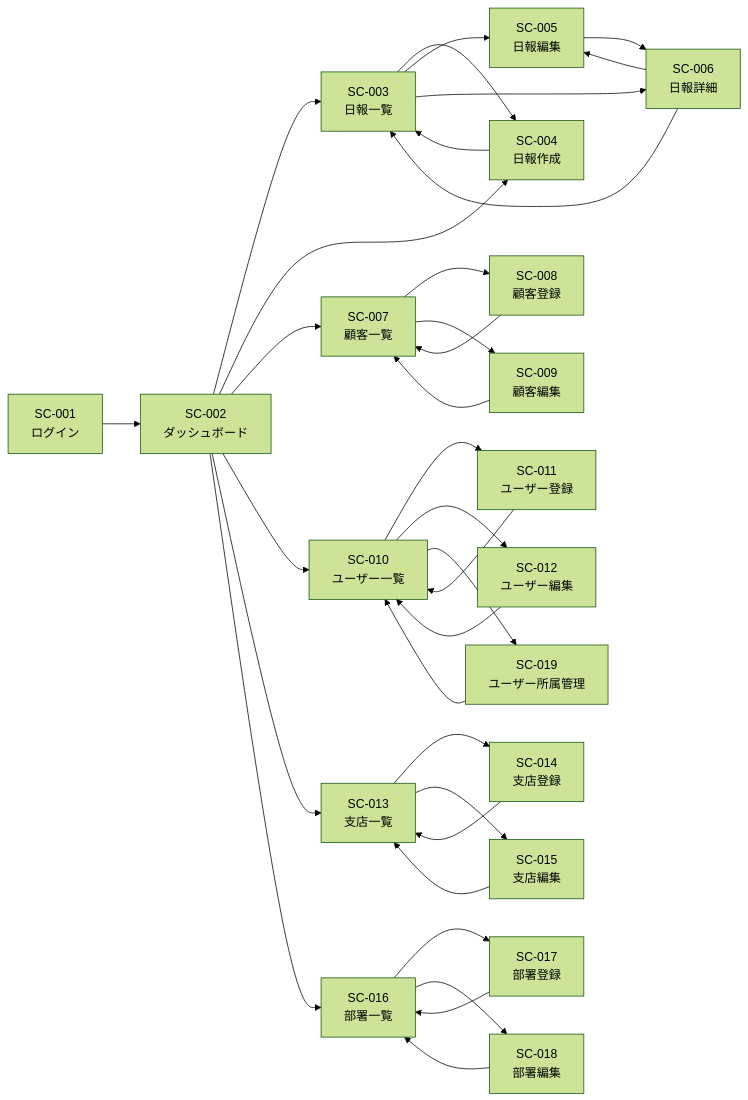
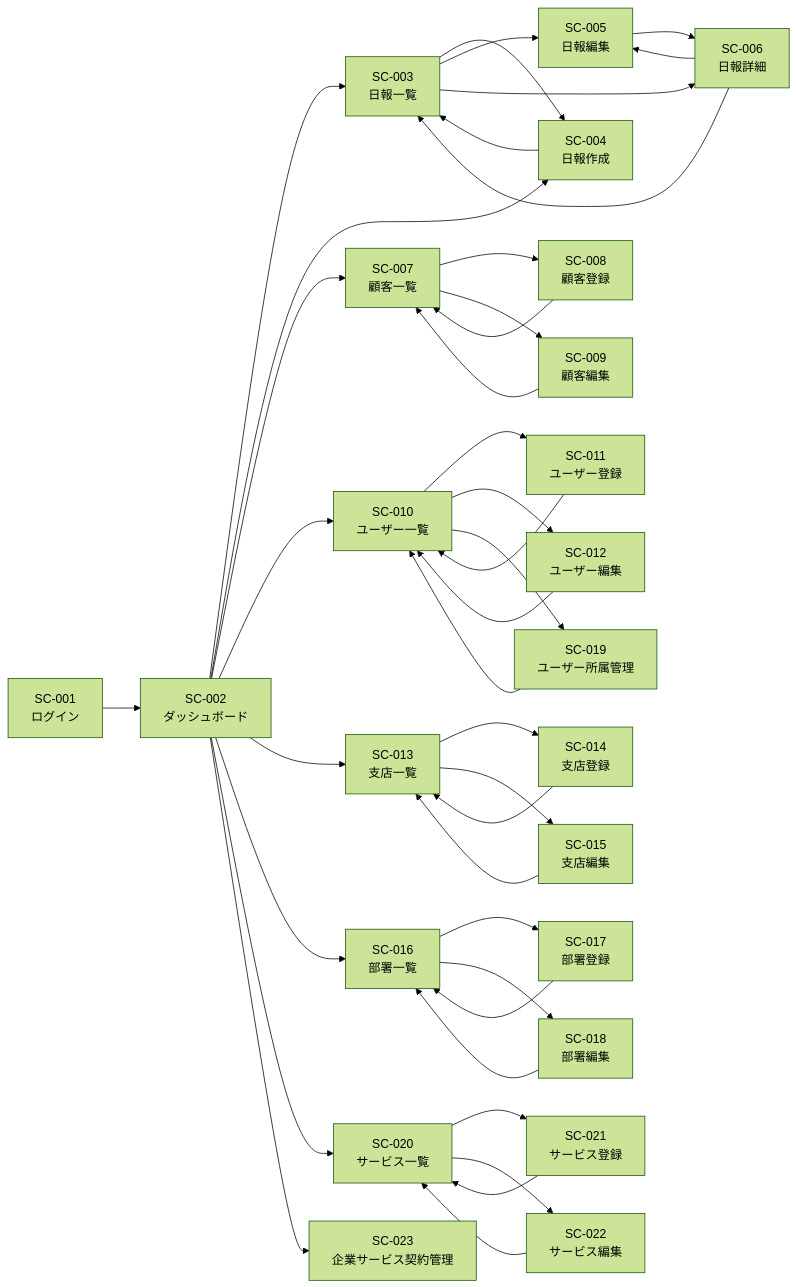
One commit to sutok/corporate_management changed the diagram in claudedocs/画面定義書.md. Above: the diagram before and after it, drawn with Mermaid (forest theme). The commit also changed other lines of this file and 3 other files, not shown here.

````diff
--- a/claudedocs/画面定義書.md
+++ b/claudedocs/画面定義書.md
@@ -1115,42 +1345,50 @@
 ```mermaid
 graph LR
     SC001[SC-001<br/>ログイン] --> SC002[SC-002<br/>ダッシュボード]
 
     SC002 --> SC003[SC-003<br/>日報一覧]
     SC002 --> SC004[SC-004<br/>日報作成]
     SC002 --> SC007[SC-007<br/>顧客一覧]
 
     SC003 --> SC004
     SC003 --> SC005[SC-005<br/>日報編集]
     SC003 --> SC006[SC-006<br/>日報詳細]
 
     SC004 --> SC003
     SC005 --> SC006
     SC006 --> SC005
     SC006 --> SC003
 
     SC007 --> SC008[SC-008<br/>顧客登録]
     SC007 --> SC009[SC-009<br/>顧客編集]
     SC008 --> SC007
     SC009 --> SC007
 
     SC002 --> SC010[SC-010<br/>ユーザー一覧]
     SC010 --> SC011[SC-011<br/>ユーザー登録]
     SC010 --> SC012[SC-012<br/>ユーザー編集]
     SC010 --> SC019[SC-019<br/>ユーザー所属管理]
     SC011 --> SC010
     SC012 --> SC010
     SC019 --> SC010
 
     SC002 --> SC013[SC-013<br/>支店一覧]
     SC013 --> SC014[SC-014<br/>支店登録]
     SC013 --> SC015[SC-015<br/>支店編集]
     SC014 --> SC013
     SC015 --> SC013
 
     SC002 --> SC016[SC-016<br/>部署一覧]
     SC016 --> SC017[SC-017<br/>部署登録]
     SC016 --> SC018[SC-018<br/>部署編集]
     SC017 --> SC016
     SC018 --> SC016
+
+    SC002 --> SC020[SC-020<br/>サービス一覧]
+    SC020 --> SC021[SC-021<br/>サービス登録]
+    SC020 --> SC022[SC-022<br/>サービス編集]
+    SC021 --> SC020
+    SC022 --> SC020
+
+    SC002 --> SC023[SC-023<br/>企業サービス契約管理]
 ```
````
